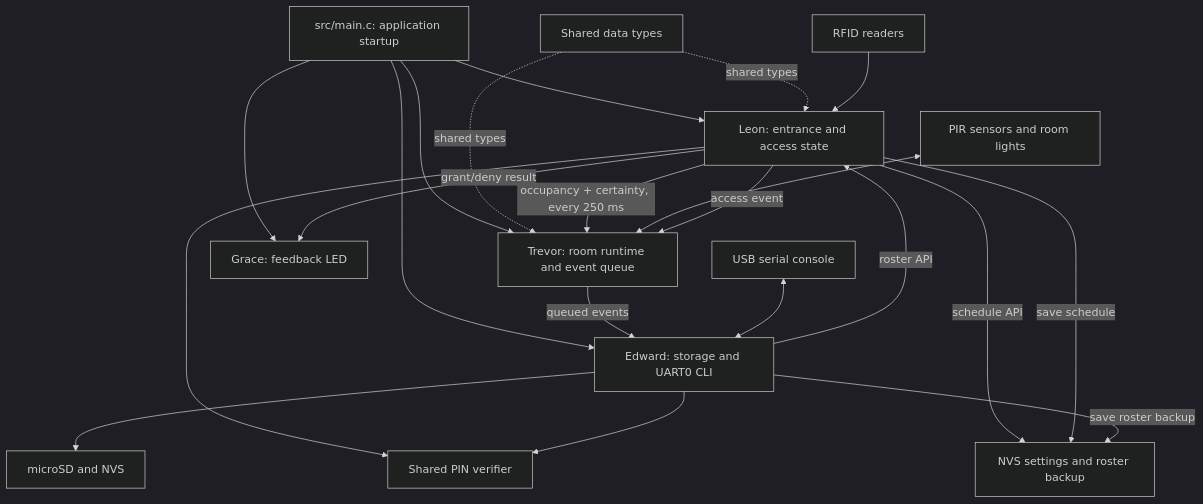
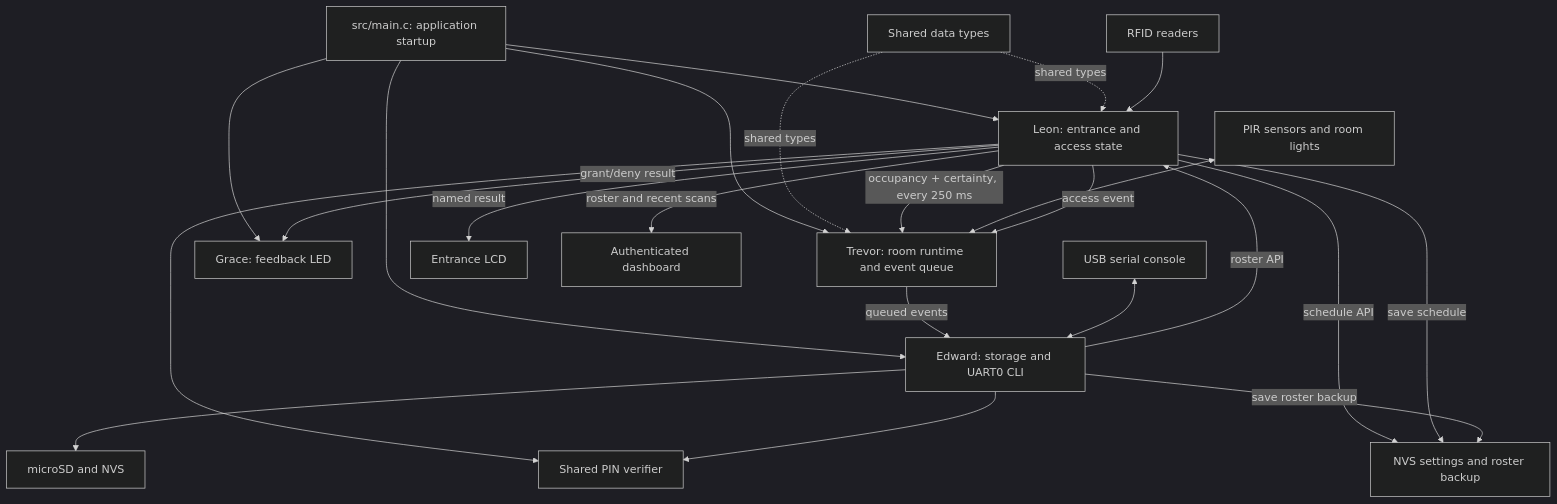
One commit to ledge-stack/Embedded-Course-Work changed the diagram in docs/MODULE_INTEGRATION_GUIDE.md. Above: the diagram before and after it, drawn with Mermaid (dark theme). The commit also changed 13 other files, not shown here.

````diff
--- a/docs/MODULE_INTEGRATION_GUIDE.md
+++ b/docs/MODULE_INTEGRATION_GUIDE.md
@@ -9,35 +9,37 @@
 ```mermaid
 flowchart TD
     START[src/main.c: application startup]
     LEON[Leon: entrance and access state]
     TREVOR[Trevor: room runtime and event queue]
     EDWARD[Edward: storage and UART0 CLI]
     GRACE[Grace: feedback LED]
     AUTH[Shared PIN verifier]
     COMMON[Shared data types]
     N[NVS settings and roster backup]
     CARD[RFID readers]
     ROOM[PIR sensors and room lights]
     SD[microSD and NVS]
     CONSOLE[USB serial console]
     START --> LEON
     START --> TREVOR
     START --> EDWARD
     START --> GRACE
     COMMON -. shared types .-> LEON
     COMMON -. shared types .-> TREVOR
     CARD --> LEON
     LEON -->|grant/deny result| GRACE
+    LEON -->|named result| LCD[Entrance LCD]
+    LEON -->|roster and recent scans| WEB[Authenticated dashboard]
     LEON -->|occupancy + certainty, every 250 ms| TREVOR
     ROOM <--> TREVOR
     LEON -->|access event| TREVOR
     TREVOR -->|queued events| EDWARD
     EDWARD --> SD
     LEON -->|schedule API| N
     EDWARD -->|roster API| LEON
     LEON --> AUTH
     EDWARD --> AUTH
     LEON -->|save schedule| N
     EDWARD -->|save roster backup| N
     CONSOLE <--> EDWARD
 ```
````
